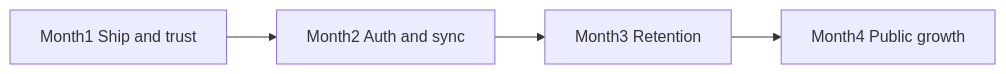
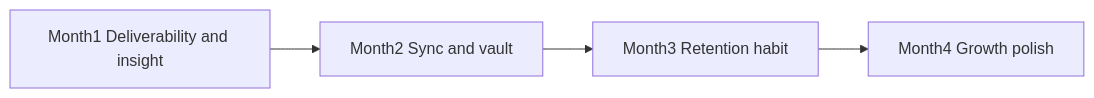
Before and after one commit to kamranibrahim/nestly: the first of 2 diagrams in FOUR_MONTH_PLAN.md, drawn with Mermaid. The commit also changed other lines of this file and 2 other files, not shown here.

First line of the commit message:
Revise 4-month plan for live App Store and email deliverability

````diff
--- a/FOUR_MONTH_PLAN.md
+++ b/FOUR_MONTH_PLAN.md
@@ -8,6 +17,6 @@
 ```mermaid
 flowchart LR
-  M1[Month1 Ship and trust] --> M2[Month2 Auth and sync]
-  M2 --> M3[Month3 Retention]
-  M3 --> M4[Month4 Public growth]
+  M1[Month1 Deliverability and insight] --> M2[Month2 Sync and vault]
+  M2 --> M3[Month3 Retention habit]
+  M3 --> M4[Month4 Growth polish]
 ```
````
